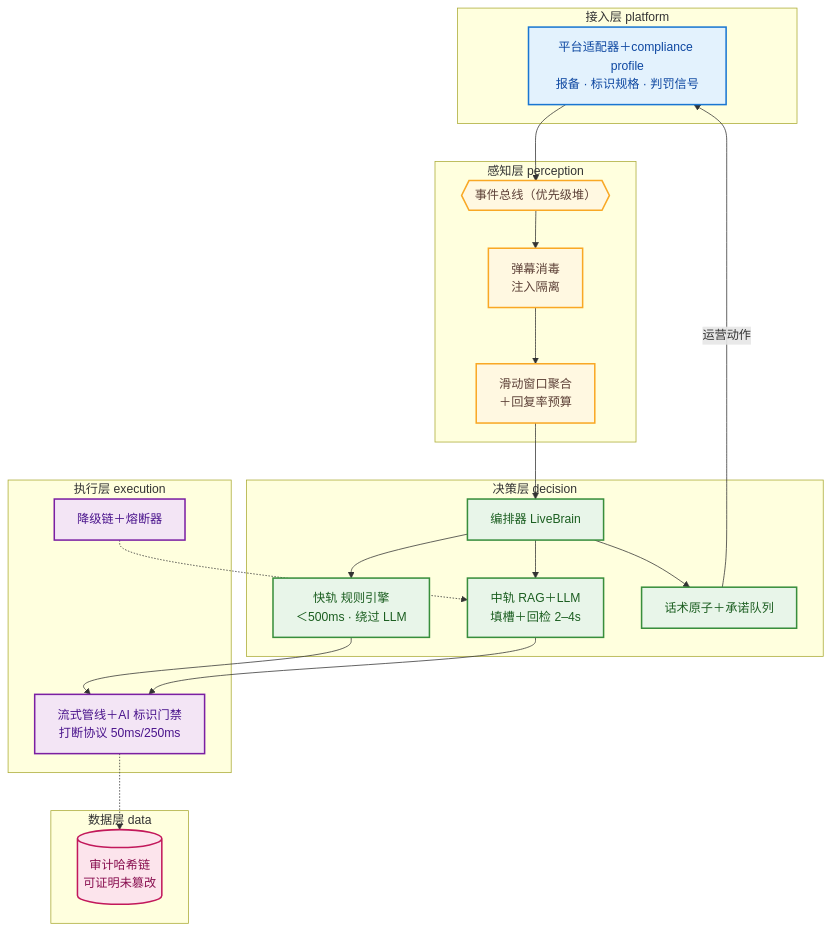
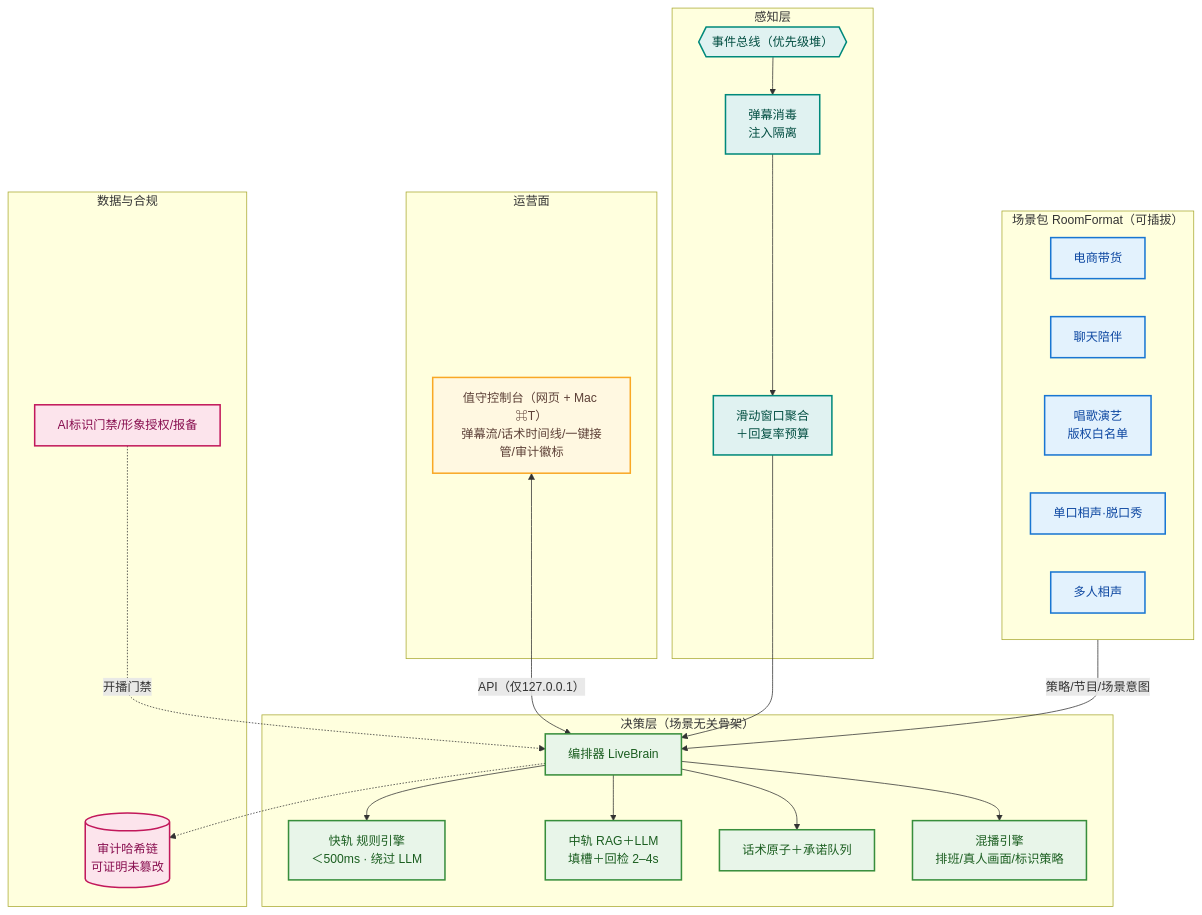
The diagram in README.md (seecrazy/livebrain), drawn with Mermaid before and after one commit. The commit also changed other lines of this file, not shown here.

First line of the commit message:
README 优化: 读者动线重构 + 场景包入图 + 过时目录修全

````diff
--- a/README.md
+++ b/README.md
@@ -85,40 +86,48 @@
 ```mermaid
 flowchart TB
-    subgraph AC["接入层 platform"]
-        PA["平台适配器＋compliance profile<br/>报备 · 标识规格 · 判罚信号"]
+    subgraph UI["运营面"]
+        CON["值守控制台（网页 + Mac ⌘T）<br/>弹幕流/话术时间线/一键接管/审计徽标"]
     end
-    subgraph PE["感知层 perception"]
+    subgraph PE["感知层"]
         BUS{{"事件总线（优先级堆）"}}
         SAN["弹幕消毒<br/>注入隔离"]
         AGG["滑动窗口聚合<br/>＋回复率预算"]
     end
-    subgraph DE["决策层 decision"]
+    subgraph DE["决策层（场景无关骨架）"]
         ORCH["编排器 LiveBrain"]
         FAST["快轨 规则引擎<br/>＜500ms · 绕过 LLM"]
         MID["中轨 RAG＋LLM<br/>填槽＋回检 2–4s"]
         AT["话术原子＋承诺队列"]
+        MIX["混播引擎<br/>排班/真人画面/标识策略"]
     end
-    subgraph EX["执行层 execution"]
-        PIPE["流式管线＋AI 标识门禁<br/>打断协议 50ms/250ms"]
-        DEG["降级链＋熔断器"]
+    subgraph PK["场景包 RoomFormat（可插拔）"]
+        F1["电商带货"]
+        F2["聊天陪伴"]
+        F3["唱歌演艺<br/>版权白名单"]
+        F4["单口相声·脱口秀"]
+        F5["多人相声"]
     end
-    subgraph DA["数据层 data"]
+    subgraph DA["数据与合规"]
         AU[("审计哈希链<br/>可证明未篡改")]
+        CG["AI标识门禁/形象授权/报备"]
     end
-    PA --> BUS --> SAN --> AGG --> ORCH
-    ORCH --> FAST --> PIPE
-    ORCH --> MID --> PIPE
-    ORCH --> AT -->|运营动作| PA
-    DEG -.-> MID
-    PIPE -.-> AU
-    classDef acL fill:#e3f2fd,stroke:#1976d2,color:#0d47a1,stroke-width:2px
-    classDef peL fill:#fff8e1,stroke:#f9a825,color:#5d4037,stroke-width:2px
+    CON <-->|"API（仅127.0.0.1）"| ORCH
+    BUS --> SAN --> AGG --> ORCH
+    ORCH --> FAST
+    ORCH --> MID
+    ORCH --> AT
+    ORCH --> MIX
+    PK -->|"策略/节目/场景意图"| ORCH
+    ORCH -.-> AU
+    CG -.->|"开播门禁"| ORCH
+    classDef uiL fill:#fff8e1,stroke:#f9a825,color:#5d4037,stroke-width:2px
+    classDef peL fill:#e0f2f1,stroke:#00897b,color:#004d40,stroke-width:2px
     classDef deL fill:#e8f5e9,stroke:#388e3c,color:#1b5e20,stroke-width:2px
-    classDef exL fill:#f3e5f5,stroke:#7b1fa2,color:#4a148c,stroke-width:2px
+    classDef pkL fill:#e3f2fd,stroke:#1976d2,color:#0d47a1,stroke-width:2px
     classDef daL fill:#fce4ec,stroke:#c2185b,color:#880e4f,stroke-width:2px
-    class PA acL
+    class CON uiL
     class BUS,SAN,AGG peL
-    class ORCH,FAST,MID,AT deL
-    class PIPE,DEG exL
-    class AU daL
+    class ORCH,FAST,MID,AT,MIX deL
+    class F1,F2,F3,F4,F5 pkL
+    class AU,CG daL
 ```
````
